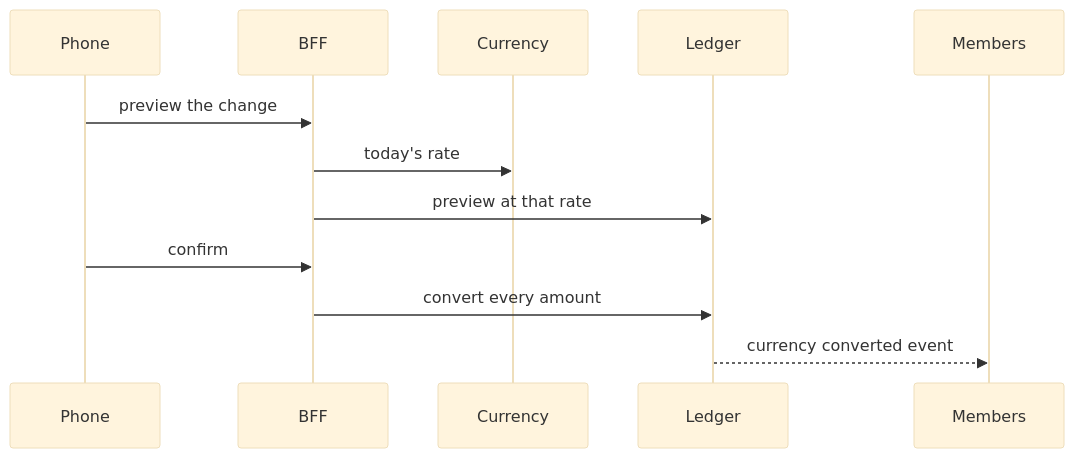
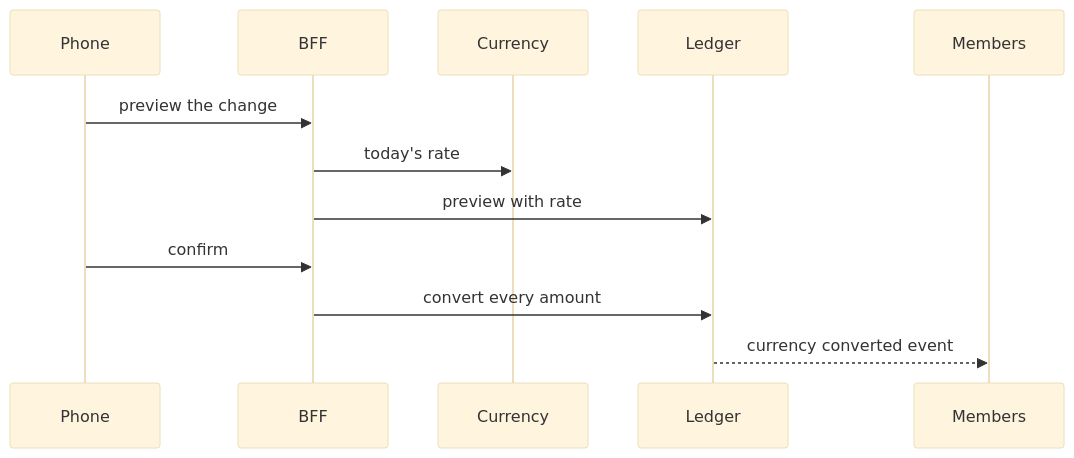
One commit to ravialdyh/my-money-recap-monorepo changed the diagram in apps/backend/cmd/ledger/README.md. Above: the diagram before and after it, drawn with Mermaid (base theme). The commit also changed other lines of this file and 28 other files, not shown here.

````diff
--- a/apps/backend/cmd/ledger/README.md
+++ b/apps/backend/cmd/ledger/README.md
@@ -10,14 +11,14 @@
 ```mermaid
 sequenceDiagram
     participant Phone
     participant BFF
     participant Currency
     participant Ledger
     participant Members
     Phone->>BFF: preview the change
     BFF->>Currency: today's rate
-    BFF->>Ledger: preview at that rate
+    BFF->>Ledger: preview with rate
     Phone->>BFF: confirm
     BFF->>Ledger: convert every amount
     Ledger-->>Members: currency converted event
 ```
````
